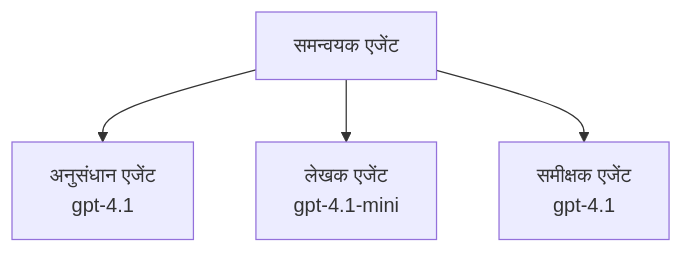
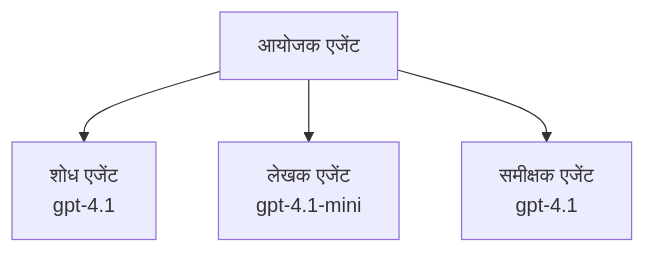
Before and after one commit to microsoft/AZD-for-beginners: the third of 3 diagrams in translations/hi/docs/chapter-02-ai-development/agents.md, drawn with Mermaid. The commit also changed other lines of this file and 60 other files, not shown here.

````diff
--- a/translations/hi/docs/chapter-02-ai-development/agents.md
+++ b/translations/hi/docs/chapter-02-ai-development/agents.md
@@ -201,6 +201,6 @@
 ```mermaid
 graph TD
-    Orchestrator[समन्वयक एजेंट] --> Research[अनुसंधान एजेंट<br/>gpt-4.1]
+    Orchestrator[आयोजक एजेंट] --> Research[शोध एजेंट<br/>gpt-4.1]
     Orchestrator --> Writer[लेखक एजेंट<br/>gpt-4.1-mini]
     Orchestrator --> Reviewer[समीक्षक एजेंट<br/>gpt-4.1]
 ```
````
